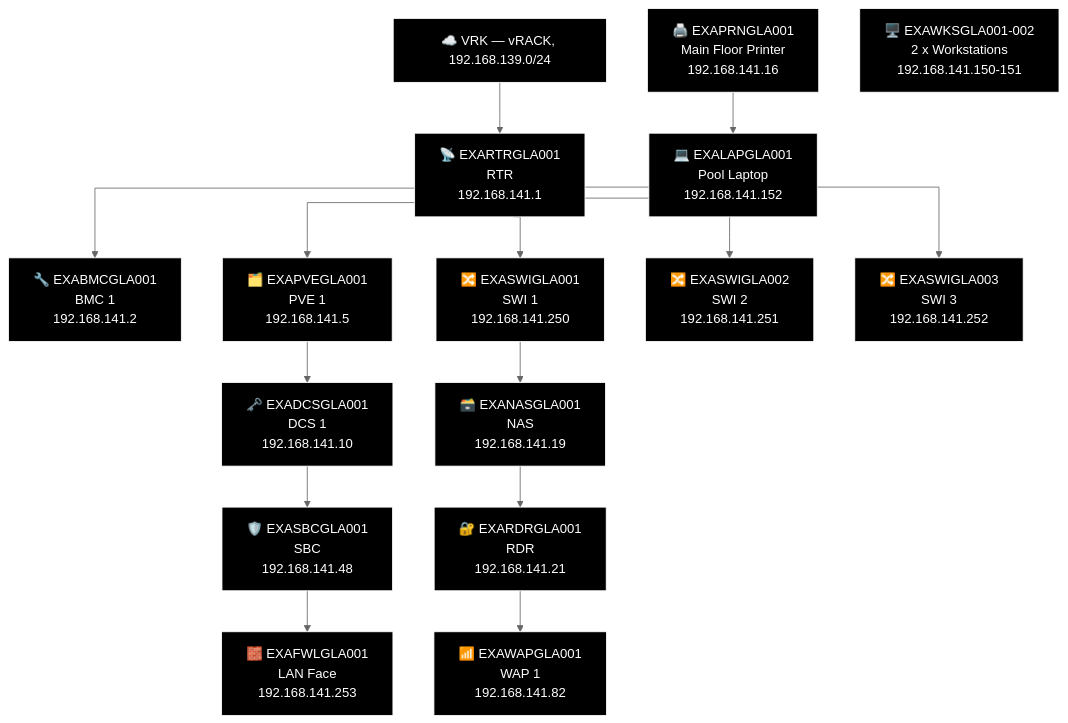
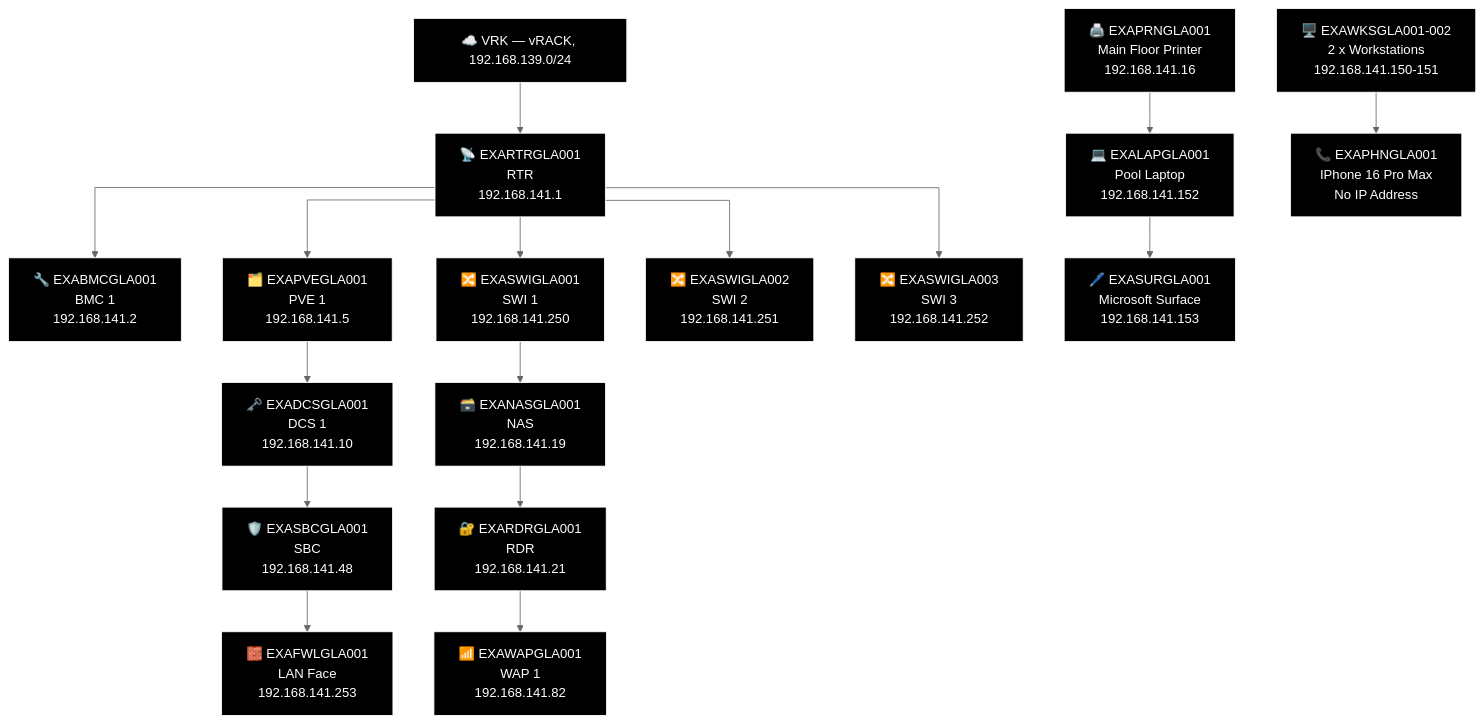
Before and after one commit to knightmare2600/example_music_infra: the ninth of 21 diagrams in docs/network-diagram/scotland.md, drawn with Mermaid (neutral theme). The commit also changed other lines of this file and 5 other files, not shown here.

````diff
--- a/docs/network-diagram/scotland.md
+++ b/docs/network-diagram/scotland.md
@@ -574,47 +574,52 @@
 ```mermaid
 %% GENERATED:TOPOLOGY:GLA:START
 %%{init: {'flowchart': {'curve': 'stepAfter'}}}%%
 graph TD
     T_VRK["☁️ VRK — vRACK, 192.168.139.0/24"]
     T_RTR["📡 EXARTRGLA001<br/>RTR<br/>192.168.141.1"]
     T_VRK --> T_RTR
     T_BMC["🔧 EXABMCGLA001<br/>BMC 1<br/>192.168.141.2"]
     T_RTR --> T_BMC
     T_PVE["🗂️ EXAPVEGLA001<br/>PVE 1<br/>192.168.141.5"]
     T_RTR --> T_PVE
     T_SWI["🔀 EXASWIGLA001<br/>SWI 1<br/>192.168.141.250"]
     T_RTR --> T_SWI
     T_SWI2["🔀 EXASWIGLA002<br/>SWI 2<br/>192.168.141.251"]
     T_RTR --> T_SWI2
     T_SWI3["🔀 EXASWIGLA003<br/>SWI 3<br/>192.168.141.252"]
     T_RTR --> T_SWI3
     T_NAS["🗃️ EXANASGLA001<br/>NAS<br/>192.168.141.19"]
     T_RDR["🔐 EXARDRGLA001<br/>RDR<br/>192.168.141.21"]
     T_WAP["📶 EXAWAPGLA001<br/>WAP 1<br/>192.168.141.82"]
     T_SWI --> T_NAS --> T_RDR --> T_WAP
     T_DCS["🗝️ EXADCSGLA001<br/>DCS 1<br/>192.168.141.10"]
     T_SBC["🛡️ EXASBCGLA001<br/>SBC<br/>192.168.141.48"]
     T_FWL["🧱 EXAFWLGLA001<br/>LAN Face<br/>192.168.141.253"]
     T_PVE --> T_DCS --> T_SBC --> T_FWL
     T_PRN["🖨️ EXAPRNGLA001<br/>Main Floor Printer<br/>192.168.141.16"]
     T_OTH_WKS["🖥️ EXAWKSGLA001-002<br/>2 x Workstations<br/>192.168.141.150-151"]
     T_LAP["💻 EXALAPGLA001<br/>Pool Laptop<br/>192.168.141.152"]
-    T_PRN --> T_LAP
+    T_PHN["📞 EXAPHNGLA001<br/>IPhone 16 Pro Max<br/>No IP Address"]
+    T_SUR["🖊️ EXASURGLA001<br/>Microsoft Surface<br/>192.168.141.153"]
+    T_PRN --> T_LAP --> T_SUR
+    T_OTH_WKS --> T_PHN
     style T_VRK fill:#000000,stroke:#FFFFFF,color:#FFFFFF
     style T_RTR fill:#000000,stroke:#FFFFFF,color:#FFFFFF
     style T_BMC fill:#000000,stroke:#FFFFFF,color:#FFFFFF
     style T_PVE fill:#000000,stroke:#FFFFFF,color:#FFFFFF
     style T_SWI fill:#000000,stroke:#FFFFFF,color:#FFFFFF
     style T_SWI2 fill:#000000,stroke:#FFFFFF,color:#FFFFFF
     style T_SWI3 fill:#000000,stroke:#FFFFFF,color:#FFFFFF
     style T_NAS fill:#000000,stroke:#FFFFFF,color:#FFFFFF
     style T_RDR fill:#000000,stroke:#FFFFFF,color:#FFFFFF
     style T_WAP fill:#000000,stroke:#FFFFFF,color:#FFFFFF
     style T_DCS fill:#000000,stroke:#FFFFFF,color:#FFFFFF
     style T_SBC fill:#000000,stroke:#FFFFFF,color:#FFFFFF
     style T_FWL fill:#000000,stroke:#FFFFFF,color:#FFFFFF
     style T_PRN fill:#000000,stroke:#FFFFFF,color:#FFFFFF
     style T_OTH_WKS fill:#000000,stroke:#FFFFFF,color:#FFFFFF
     style T_LAP fill:#000000,stroke:#FFFFFF,color:#FFFFFF
+    style T_PHN fill:#000000,stroke:#FFFFFF,color:#FFFFFF
+    style T_SUR fill:#000000,stroke:#FFFFFF,color:#FFFFFF
 %% GENERATED:TOPOLOGY:GLA:END
 ```
````
